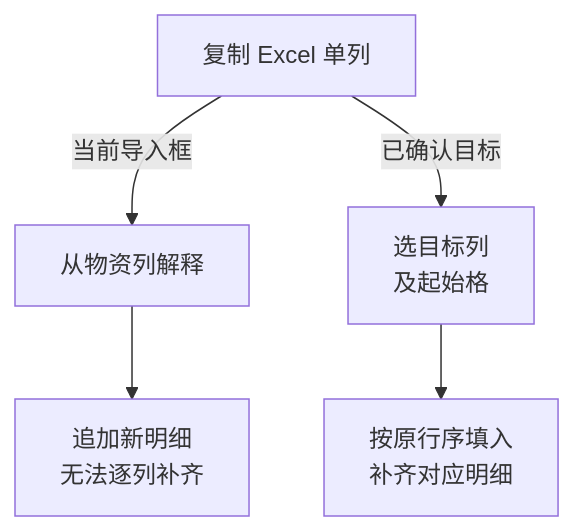
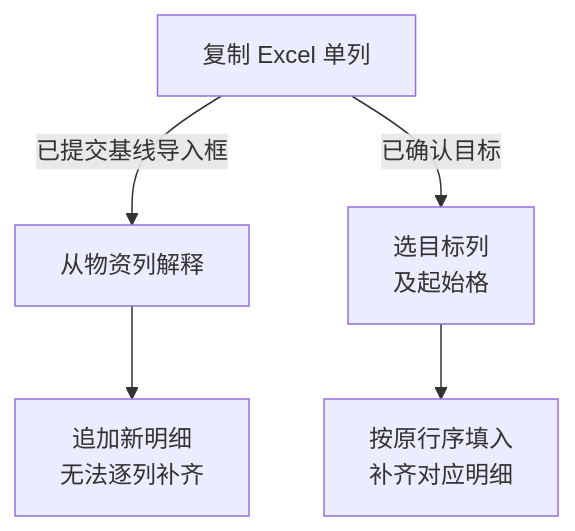
Before and after one commit to zodea/crm-new: the second of 2 diagrams in docs/rewrite/pages/contract-forms.md, drawn with Mermaid. The commit also changed other lines of this file and 585 other files, not shown here.

````diff
--- a/docs/rewrite/pages/contract-forms.md
+++ b/docs/rewrite/pages/contract-forms.md
@@ -62,7 +66,7 @@
 ```mermaid
 flowchart TD
-  A["复制 Excel 单列"] -->|"当前导入框"| B["从物资列解释"]
+  A["复制 Excel 单列"] -->|"已提交基线导入框"| B["从物资列解释"]
   B --> C["追加新明细<br/>无法逐列补齐"]
   A -->|"已确认目标"| D["选目标列<br/>及起始格"]
   D --> E["按原行序填入<br/>补齐对应明细"]
 ```
````
